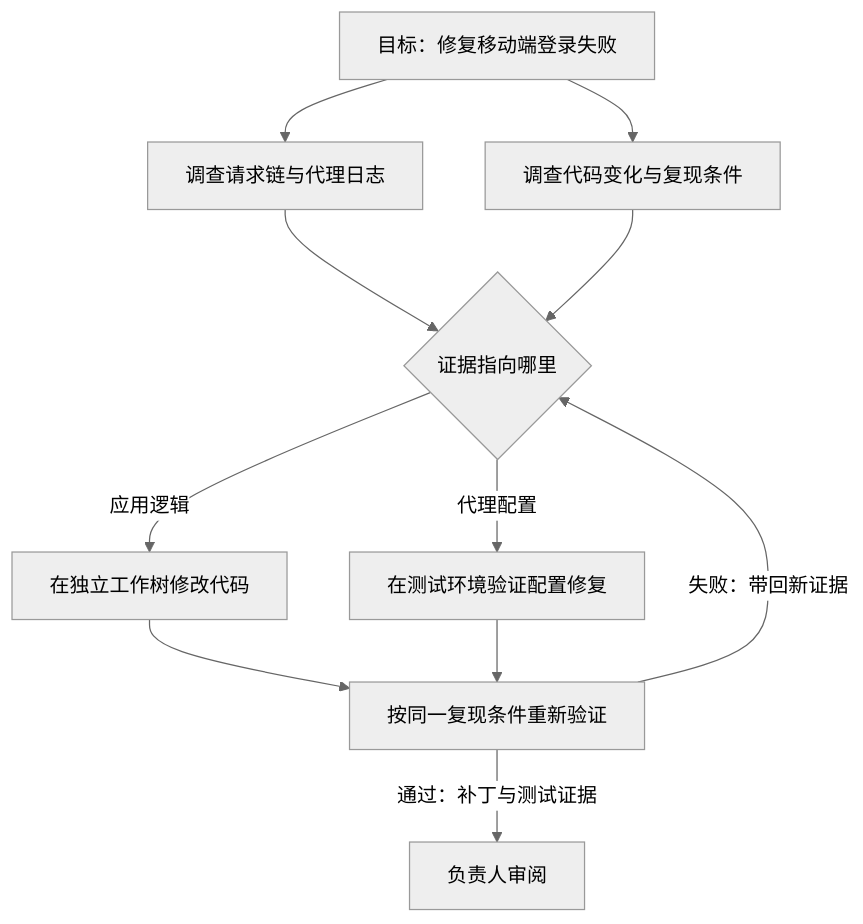
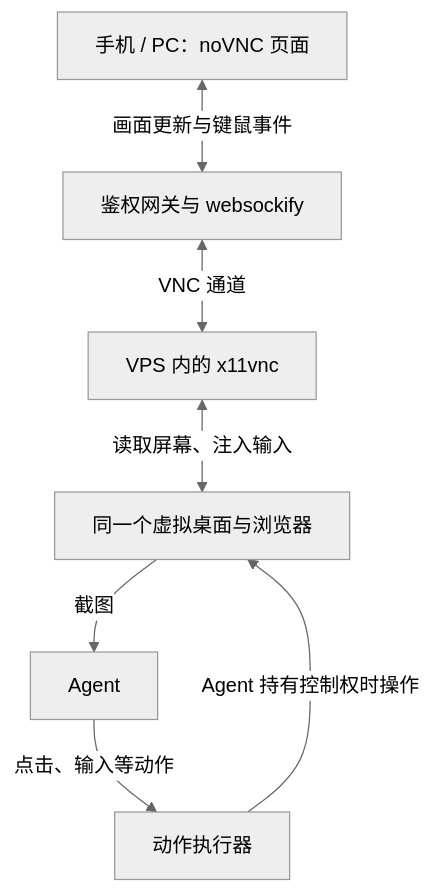
One commit to Nunchakus888/dossierkit changed the diagram in profiles/default/content/zh/notes/chatgpt-dots-agent-harness-agent-codex-agent.mdx. Above: the diagram before and after it, drawn with Mermaid (neutral theme). The commit also changed other lines of this file and 1 other file, not shown here.

Commit message:
Update note: 手机如何接管 AI 的云电脑？拆解 Dots Take over 与远程 VPS

````diff
--- a/profiles/default/content/zh/notes/chatgpt-dots-agent-harness-agent-codex-agent.mdx
+++ b/profiles/default/content/zh/notes/chatgpt-dots-agent-harness-agent-codex-agent.mdx
@@ -74,13 +61,9 @@
 ```mermaid
 flowchart TB
-    G[目标：修复移动端登录失败] --> A[调查请求链与代理日志]
-    G --> B[调查代码变化与复现条件]
-    A --> C{证据指向哪里}
-    B --> C
-    C -->|应用逻辑| D[在独立工作树修改代码]
-    C -->|代理配置| E[在测试环境验证配置修复]
-    D --> V[按同一复现条件重新验证]
-    E --> V
-    V -->|失败：带回新证据| C
-    V -->|通过：补丁与测试证据| H[负责人审阅]
+    U[手机 / PC：noVNC 页面] <-->|画面更新与键鼠事件| G[鉴权网关与 websockify]
+    G <-->|VNC 通道| V[VPS 内的 x11vnc]
+    V <-->|读取屏幕、注入输入| D[同一个虚拟桌面与浏览器]
+    D -->|截图| A[Agent]
+    A -->|点击、输入等动作| E[动作执行器]
+    E -->|Agent 持有控制权时操作| D
 ```
````
